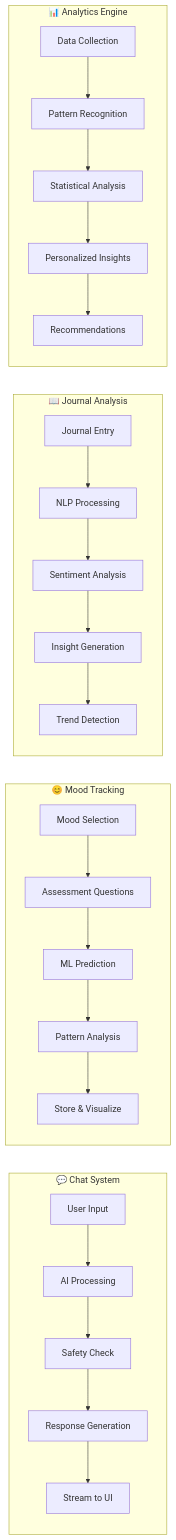
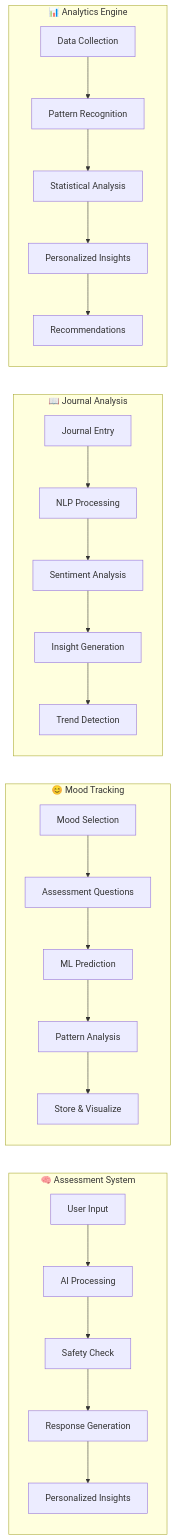
Before and after one commit to MunishUpadhyay/YuVA-Wellness: the third of 4 diagrams in README.md, drawn with Mermaid. The commit also changed other lines of this file, not shown here.

````diff
--- a/README.md
+++ b/README.md
@@ -311,30 +310,30 @@
 ```mermaid
 flowchart LR
-    subgraph "💬 Chat System"
+    subgraph "🧠 Assessment System"
         C1[User Input] --> C2[AI Processing]
         C2 --> C3[Safety Check]
         C3 --> C4[Response Generation]
-        C4 --> C5[Stream to UI]
+        C4 --> C5[Personalized Insights]
     end
     
     subgraph "😊 Mood Tracking"
         M1[Mood Selection] --> M2[Assessment Questions]
         M2 --> M3[ML Prediction]
         M3 --> M4[Pattern Analysis]
         M4 --> M5[Store & Visualize]
     end
     
     subgraph "📖 Journal Analysis"
         J1[Journal Entry] --> J2[NLP Processing]
         J2 --> J3[Sentiment Analysis]
         J3 --> J4[Insight Generation]
         J4 --> J5[Trend Detection]
     end
     
     subgraph "📊 Analytics Engine"
         A1[Data Collection] --> A2[Pattern Recognition]
         A2 --> A3[Statistical Analysis]
         A3 --> A4[Personalized Insights]
         A4 --> A5[Recommendations]
     end
 ```
````
